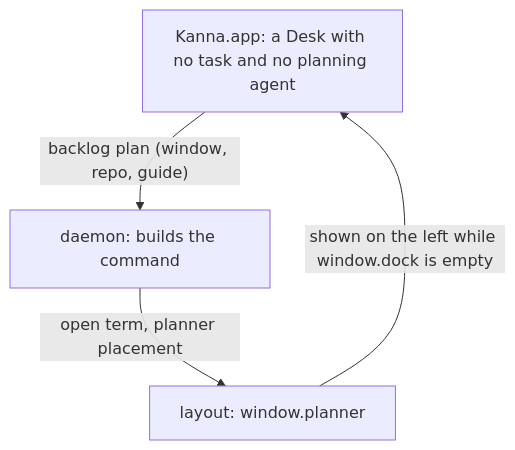
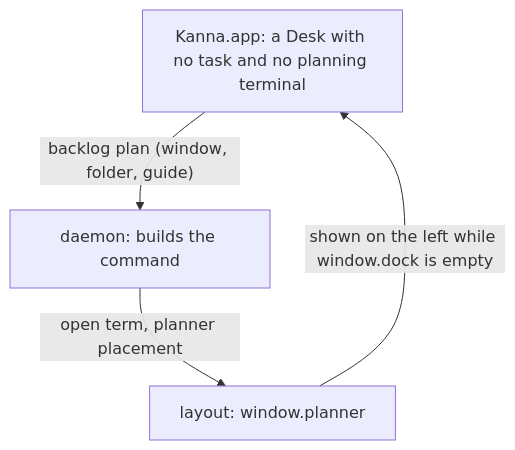
The third of 3 diagrams in docs/specs/planning-agent.md (jemdiggity/kanna-v4), drawn with Mermaid before and after one commit. The commit also changed other lines of this file and 20 other files, not shown here.

First line of the commit message:
The planning agent's pane is a terminal: it prints how to start and is your shell, in the folder Kanna was started in, and you start your agent there

````diff
--- a/docs/specs/planning-agent.md
+++ b/docs/specs/planning-agent.md
@@ -110,6 +94,6 @@
 ```mermaid
 flowchart TB
-    APP["Kanna.app: a Desk with no task and no planning agent"] -->|"backlog plan (window, repo, guide)"| D["daemon: builds the command"]
+    APP["Kanna.app: a Desk with no task and no planning terminal"] -->|"backlog plan (window, folder, guide)"| D["daemon: builds the command"]
     D -->|"open term, planner placement"| L["layout: window.planner"]
     L -->|"shown on the left while window.dock is empty"| APP
 ```
````
